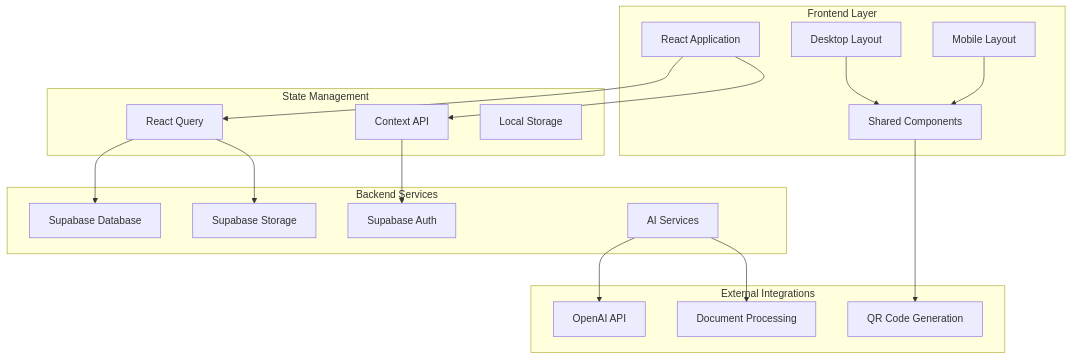
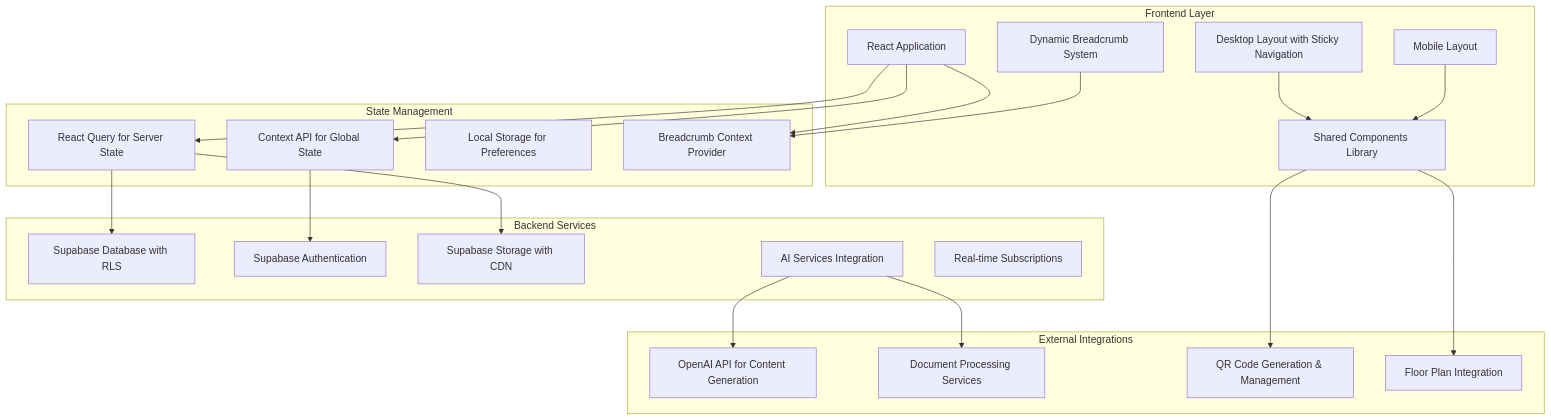
Before and after one commit to opprfloris/oppr-training-nexus: the first of 10 diagrams in TECHNICAL_DOCUMENTATION.md, drawn with Mermaid. The commit also changed other lines of this file, not shown here.

````diff
--- a/TECHNICAL_DOCUMENTATION.md
+++ b/TECHNICAL_DOCUMENTATION.md
@@ -41,39 +46,46 @@
 ```mermaid
 graph TB
     subgraph "Frontend Layer"
         A[React Application]
-        B[Desktop Layout]
+        B[Desktop Layout with Sticky Navigation]
         C[Mobile Layout]
-        D[Shared Components]
+        D[Shared Components Library]
+        E[Dynamic Breadcrumb System]
     end
     
     subgraph "State Management"
-        E[React Query]
-        F[Context API]
-        G[Local Storage]
+        F[React Query for Server State]
+        G[Context API for Global State]
+        H[Local Storage for Preferences]
+        I[Breadcrumb Context Provider]
     end
     
     subgraph "Backend Services"
-        H[Supabase Database]
-        I[Supabase Auth]
-        J[Supabase Storage]
-        K[AI Services]
+        J[Supabase Database with RLS]
+        K[Supabase Authentication]
+        L[Supabase Storage with CDN]
+        M[AI Services Integration]
+        N[Real-time Subscriptions]
     end
     
     subgraph "External Integrations"
-        L[OpenAI API]
-        M[Document Processing]
-        N[QR Code Generation]
+        O[OpenAI API for Content Generation]
+        P[Document Processing Services]
+        Q[QR Code Generation & Management]
+        R[Floor Plan Integration]
     end
     
-    A --> E
     A --> F
+    A --> G
+    A --> I
     B --> D
     C --> D
-    E --> H
-    F --> I
-    E --> J
-    K --> L
-    K --> M
-    D --> N
+    E --> I
+    F --> J
+    G --> K
+    F --> L
+    M --> O
+    M --> P
+    D --> Q
+    D --> R
 ```
````
